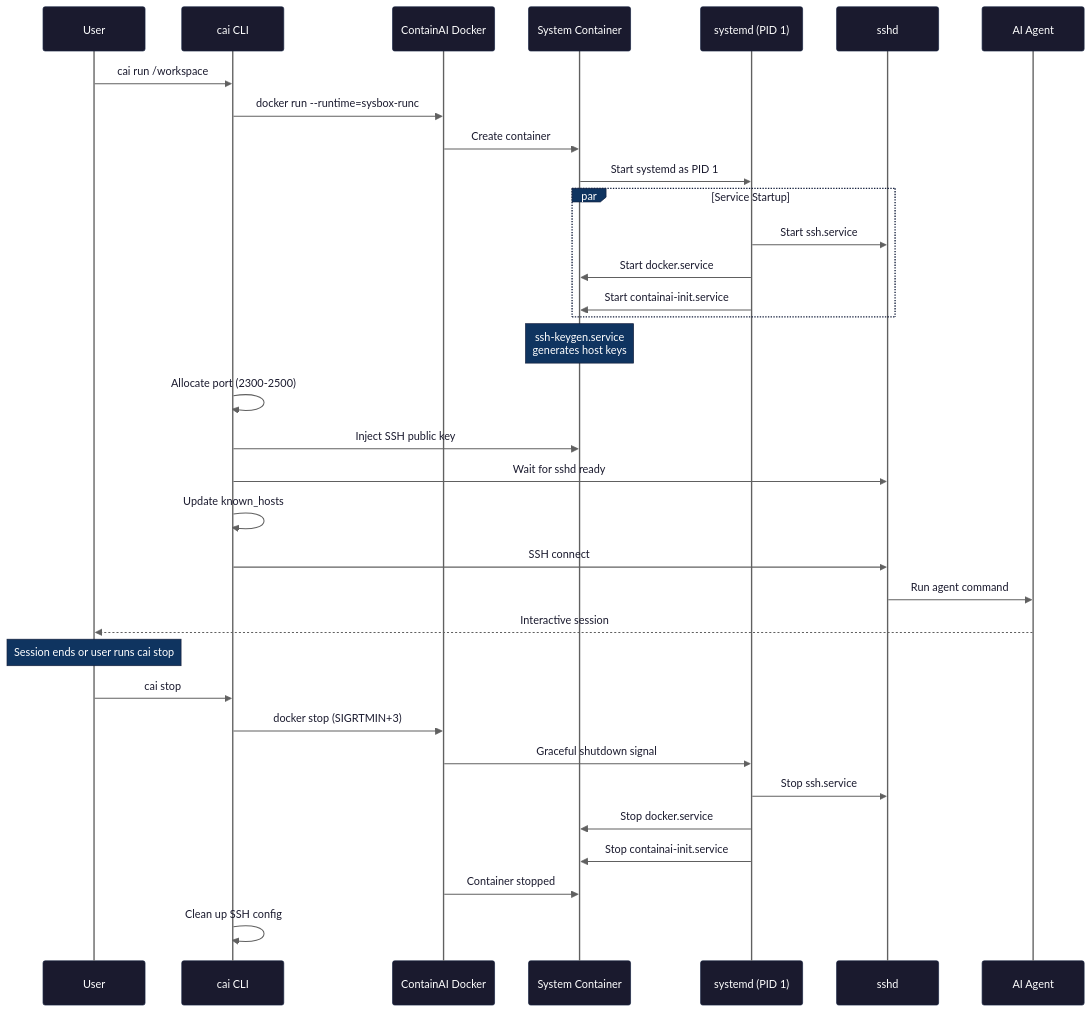
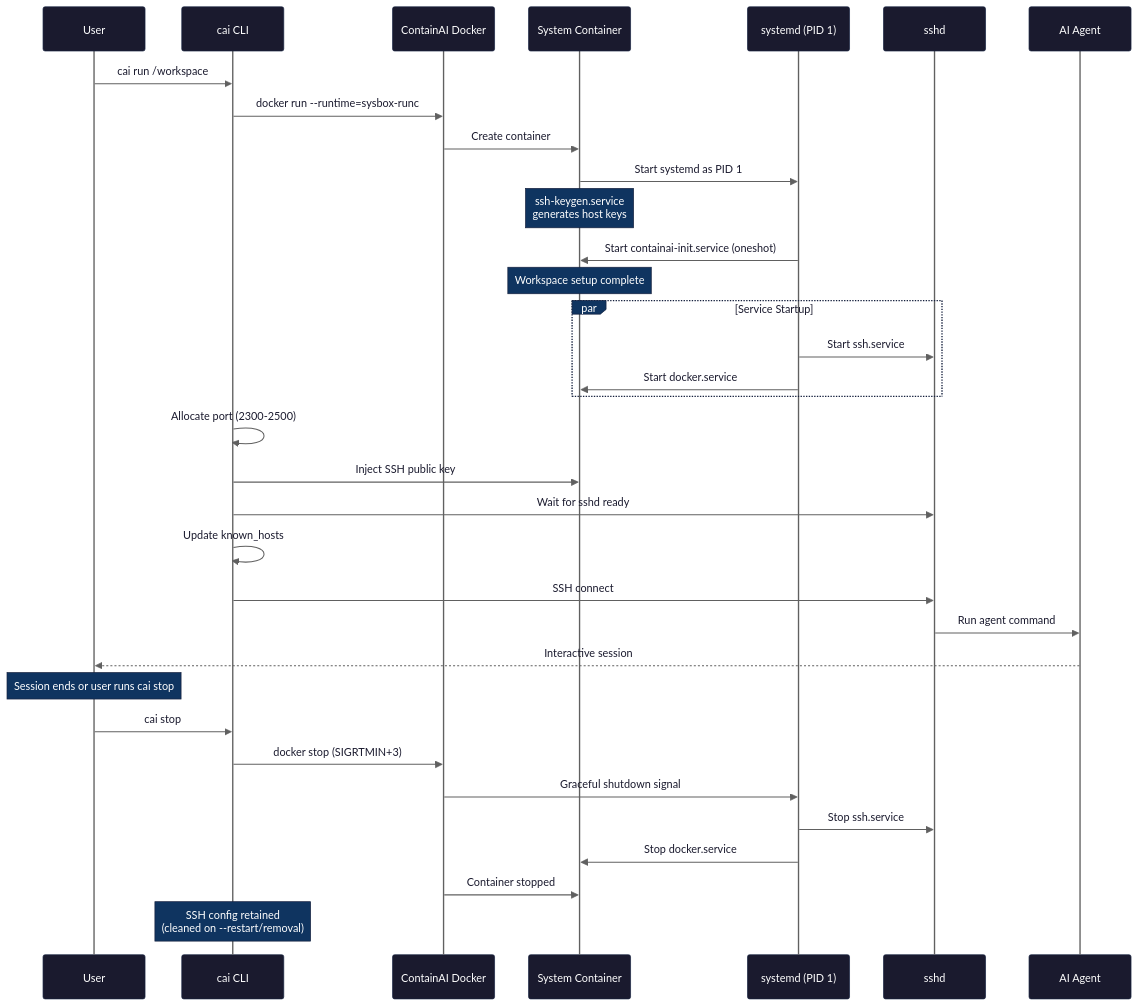
Before and after one commit to novotnyllc/ContainAI: the third of 11 diagrams in docs/architecture.md, drawn with Mermaid. The commit also changed other lines of this file, not shown here.

Commit message:
docs(architecture): fix service ordering and stop flow
- Fix sequence diagram: containai-init runs BEFORE ssh/docker (has Before= dependency)
- Fix startup sequence text to match actual systemd unit ordering
- Fix stop flow: SSH config retained on stop, only cleaned on removal/restart

Task: fn-10-vep.62

````diff
--- a/docs/architecture.md
+++ b/docs/architecture.md
@@ -168,61 +168,62 @@
 ```mermaid
 %%{init: {'theme': 'base', 'themeVariables': {
   'background': '#f5f5f5',
   'actorBkg': '#1a1a2e',
   'actorTextColor': '#ffffff',
   'actorBorder': '#16213e',
   'actorLineColor': '#606060',
   'signalColor': '#606060',
   'signalTextColor': '#1a1a2e',
   'labelBoxBkgColor': '#0f3460',
   'labelBoxBorderColor': '#16213e',
   'labelTextColor': '#ffffff',
   'loopTextColor': '#1a1a2e',
   'noteBkgColor': '#0f3460',
   'noteTextColor': '#ffffff',
   'noteBorderColor': '#16213e',
   'activationBkgColor': '#16213e',
   'activationBorderColor': '#0f3460',
   'sequenceNumberColor': '#1a1a2e'
 }}}%%
 sequenceDiagram
     participant User
     participant CLI as cai CLI
     participant Docker as ContainAI Docker
     participant Container as System Container
     participant Systemd as systemd (PID 1)
     participant SSH as sshd
     participant Agent as AI Agent
 
     User->>CLI: cai run /workspace
     CLI->>Docker: docker run --runtime=sysbox-runc
     Docker->>Container: Create container
     Container->>Systemd: Start systemd as PID 1
 
+    Note over Container: ssh-keygen.service<br/>generates host keys
+
+    Systemd->>Container: Start containai-init.service (oneshot)
+    Note over Container: Workspace setup complete
+
     par Service Startup
         Systemd->>SSH: Start ssh.service
         Systemd->>Container: Start docker.service
-        Systemd->>Container: Start containai-init.service
     end
-
-    Note over Container: ssh-keygen.service<br/>generates host keys
 
     CLI->>CLI: Allocate port (2300-2500)
     CLI->>Container: Inject SSH public key
     CLI->>SSH: Wait for sshd ready
     CLI->>CLI: Update known_hosts
     CLI->>SSH: SSH connect
     SSH->>Agent: Run agent command
     Agent-->>User: Interactive session
 
     Note over User: Session ends or user runs cai stop
 
     User->>CLI: cai stop
     CLI->>Docker: docker stop (SIGRTMIN+3)
     Docker->>Systemd: Graceful shutdown signal
     Systemd->>SSH: Stop ssh.service
     Systemd->>Container: Stop docker.service
-    Systemd->>Container: Stop containai-init.service
     Docker->>Container: Container stopped
-    CLI->>CLI: Clean up SSH config
+    Note over CLI: SSH config retained<br/>(cleaned on --restart/removal)
 ```
````
